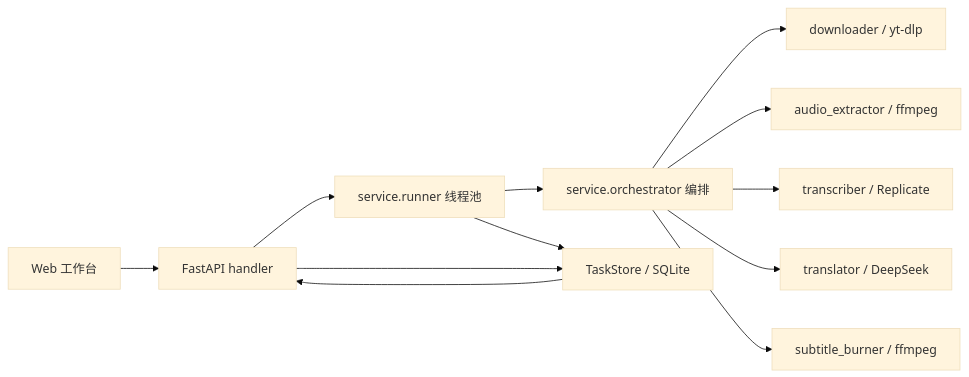
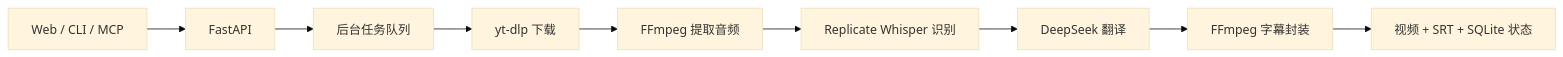
The second of 2 diagrams in README.md (S-zhi/LynxSense), drawn with Mermaid (base theme) before and after one commit. The commit also changed other lines of this file and 2 other files, not shown here.

Commit message:
docs: showcase MCP and web workflows

````diff
--- a/README.md
+++ b/README.md
@@ -260,14 +205,11 @@
 ```mermaid
 flowchart LR
-    Browser["Web 工作台"] --> API["FastAPI handler"]
-    API --> Runner["service.runner 线程池"]
-    Runner --> Orchestrator["service.orchestrator 编排"]
-    Orchestrator --> Downloader["downloader / yt-dlp"]
-    Orchestrator --> Audio["audio_extractor / ffmpeg"]
-    Orchestrator --> ASR["transcriber / Replicate"]
-    Orchestrator --> Translator["translator / DeepSeek"]
-    Orchestrator --> Burner["subtitle_burner / ffmpeg"]
-    API --> Store["TaskStore / SQLite"]
-    Runner --> Store
-    Store --> API
+    Client["Web / CLI / MCP"] --> API["FastAPI"]
+    API --> Runner["后台任务队列"]
+    Runner --> Download["yt-dlp 下载"]
+    Download --> Audio["FFmpeg 提取音频"]
+    Audio --> ASR["Replicate Whisper 识别"]
+    ASR --> Translate["DeepSeek 翻译"]
+    Translate --> Burn["FFmpeg 字幕封装"]
+    Burn --> Store["视频 + SRT + SQLite 状态"]
 ```
````
